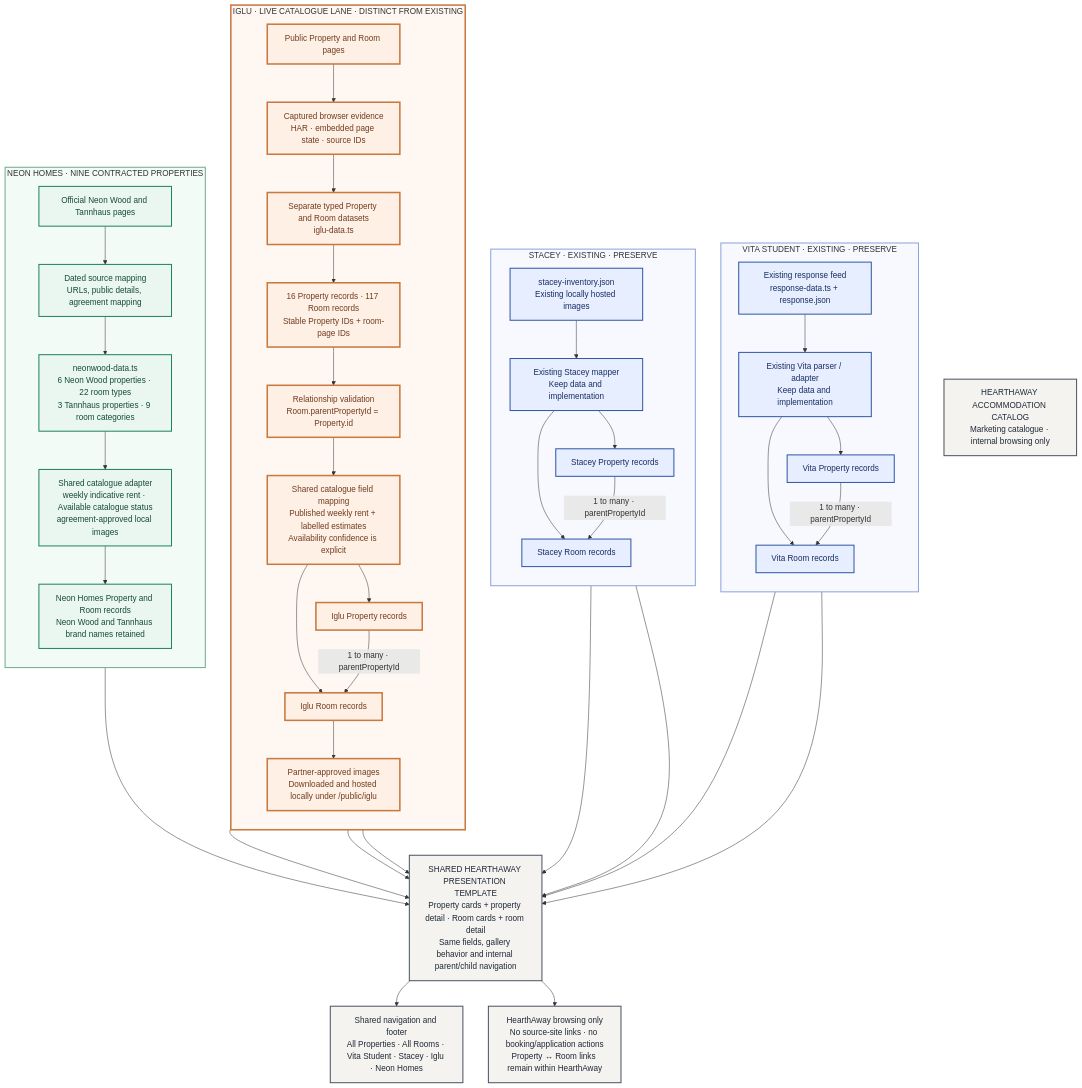
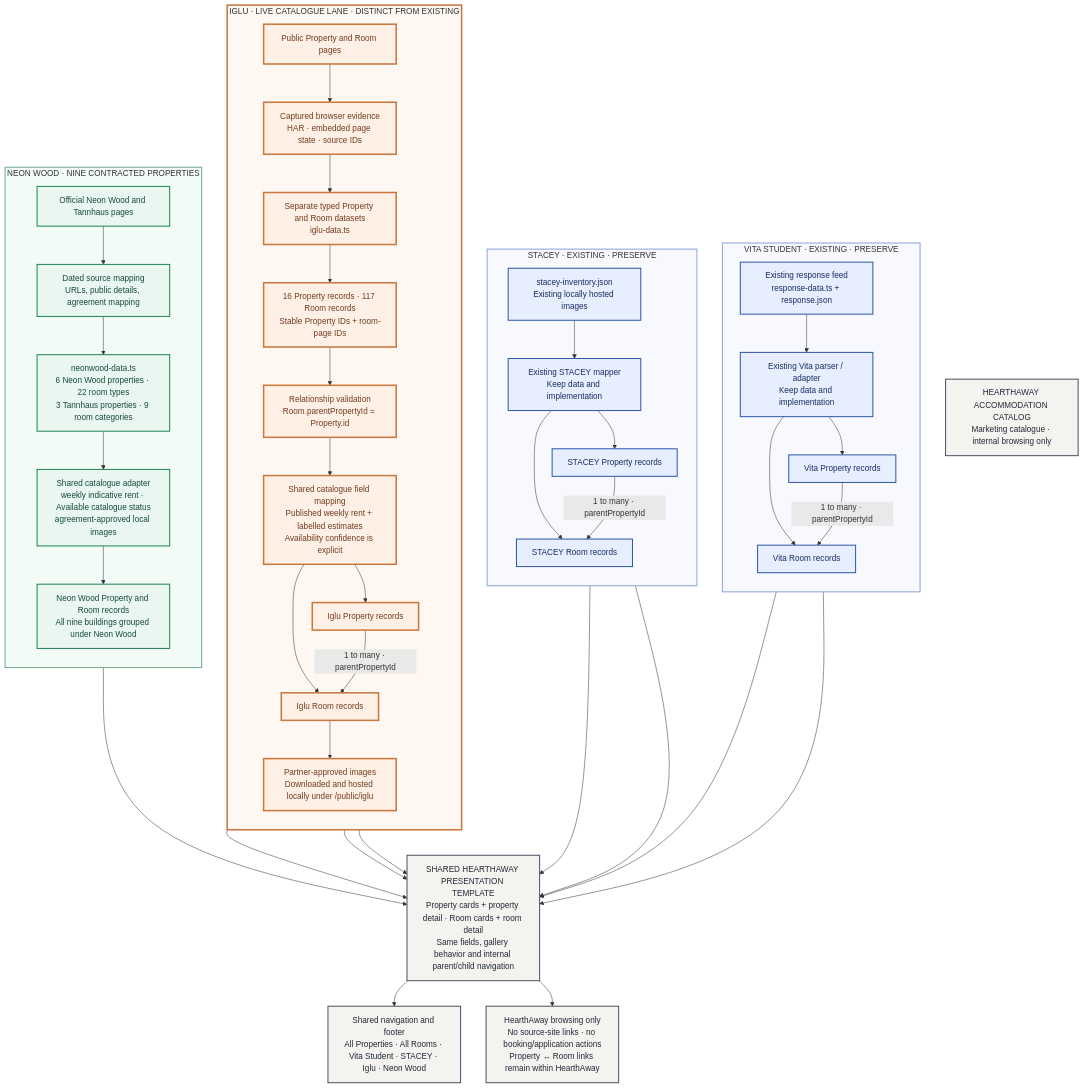
Before and after one commit to verveschool/v0-hearthaway: the diagram in docs/accommodation-architecture.mmd, drawn with Mermaid. The commit also changed 8 other files, not shown here.

```diff
--- a/docs/accommodation-architecture.mmd
+++ b/docs/accommodation-architecture.mmd
@@ -1,66 +1,66 @@
 flowchart TB
   catalog["HEARTHAWAY ACCOMMODATION CATALOG\nMarketing catalogue · internal browsing only"]
 
   subgraph vita["VITA STUDENT · EXISTING · PRESERVE"]
     direction TB
     vitaSrc["Existing response feed\nresponse-data.ts + response.json"] --> vitaAdapter["Existing Vita parser / adapter\nKeep data and implementation"]
     vitaAdapter --> vitaProp["Vita Property records"]
     vitaAdapter --> vitaRoom["Vita Room records"]
     vitaProp -- "1 to many · parentPropertyId" --> vitaRoom
   end
 
   subgraph stacey["STACEY · EXISTING · PRESERVE"]
     direction TB
-    staceySrc["stacey-inventory.json\nExisting locally hosted images"] --> staceyAdapter["Existing Stacey mapper\nKeep data and implementation"]
-    staceyAdapter --> staceyProp["Stacey Property records"]
-    staceyAdapter --> staceyRoom["Stacey Room records"]
+    staceySrc["stacey-inventory.json\nExisting locally hosted images"] --> staceyAdapter["Existing STACEY mapper\nKeep data and implementation"]
+    staceyAdapter --> staceyProp["STACEY Property records"]
+    staceyAdapter --> staceyRoom["STACEY Room records"]
     staceyProp -- "1 to many · parentPropertyId" --> staceyRoom
   end
 
   subgraph iglu["IGLU · LIVE CATALOGUE LANE · DISTINCT FROM EXISTING"]
     direction TB
     igluPages["Public Property and Room pages"] --> evidence["Captured browser evidence\nHAR · embedded page state · source IDs"]
     evidence --> raw["Separate typed Property and Room datasets\niglu-data.ts"]
     raw --> ids["16 Property records · 117 Room records\nStable Property IDs + room-page IDs"]
     ids --> validate["Relationship validation\nRoom.parentPropertyId = Property.id"]
     validate --> map["Shared catalogue field mapping\nPublished weekly rent + labelled estimates\nAvailability confidence is explicit"]
     map --> igluProp["Iglu Property records"]
     map --> igluRoom["Iglu Room records"]
     igluProp -- "1 to many · parentPropertyId" --> igluRoom
     igluRoom --> hosted["Partner-approved images\nDownloaded and hosted locally under /public/iglu"]
   end
 
-  subgraph neonhomes["NEON HOMES · NINE CONTRACTED PROPERTIES"]
+  subgraph neonwood["NEON WOOD · NINE CONTRACTED PROPERTIES"]
     direction TB
     nwPages["Official Neon Wood and Tannhaus pages"] --> nwEvidence["Dated source mapping\nURLs, public details, agreement mapping"]
     nwEvidence --> nwRaw["neonwood-data.ts\n6 Neon Wood properties · 22 room types\n3 Tannhaus properties · 9 room categories"]
     nwRaw --> nwAdapter["Shared catalogue adapter\nweekly indicative rent · Available catalogue status\nagreement-approved local images"]
-    nwAdapter --> nwProp["Neon Homes Property and Room records\nNeon Wood and Tannhaus brand names retained"]
+    nwAdapter --> nwProp["Neon Wood Property and Room records\nAll nine buildings grouped under Neon Wood"]
   end
 
   vitaProp --> presentation
   vitaRoom --> presentation
   staceyProp --> presentation
   staceyRoom --> presentation
   igluProp --> presentation
   igluRoom --> presentation
   hosted --> presentation
   nwProp --> presentation
 
   presentation["SHARED HEARTHAWAY PRESENTATION TEMPLATE\nProperty cards + property detail · Room cards + room detail\nSame fields, gallery behavior and internal parent/child navigation"]
-  presentation --> nav["Shared navigation and footer\nAll Properties · All Rooms · Vita Student · Stacey · Iglu · Neon Homes"]
+  presentation --> nav["Shared navigation and footer\nAll Properties · All Rooms · Vita Student · STACEY · Iglu · Neon Wood"]
   presentation --> behavior["HearthAway browsing only\nNo source-site links · no booking/application actions\nProperty ↔ Room links remain within HearthAway"]
 
   classDef existing fill:#E7EEFF,stroke:#3159A8,color:#182D62,stroke-width:2px;
   classDef iglu fill:#FFF0E5,stroke:#C9783E,color:#713C20,stroke-width:3px;
   classDef newprovider fill:#EAF7F1,stroke:#22845B,color:#164A36,stroke-width:2px;
   classDef shared fill:#F5F3EF,stroke:#4B5563,color:#1F2937,stroke-width:2px;
   classDef gate fill:#FFF8E7,stroke:#A77816,color:#4D3B0B,stroke-width:2px;
   class vitaSrc,vitaAdapter,vitaProp,vitaRoom,staceySrc,staceyAdapter,staceyProp,staceyRoom existing;
   class igluPages,evidence,raw,ids,validate,map,igluProp,igluRoom,hosted iglu;
   class nwPages,nwEvidence,nwRaw,nwAdapter,nwProp newprovider;
   class catalog,presentation,nav,behavior shared;
   style vita fill:#F7F9FF,stroke:#8CA5DB,stroke-width:2px;
   style stacey fill:#F7F9FF,stroke:#8CA5DB,stroke-width:2px;
   style iglu fill:#FFF8F2,stroke:#C9783E,stroke-width:3px;
-  style neonhomes fill:#F3FBF7,stroke:#72AD8E,stroke-width:2px;
+  style neonwood fill:#F3FBF7,stroke:#72AD8E,stroke-width:2px;
```
